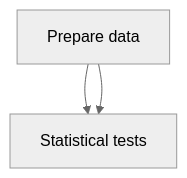
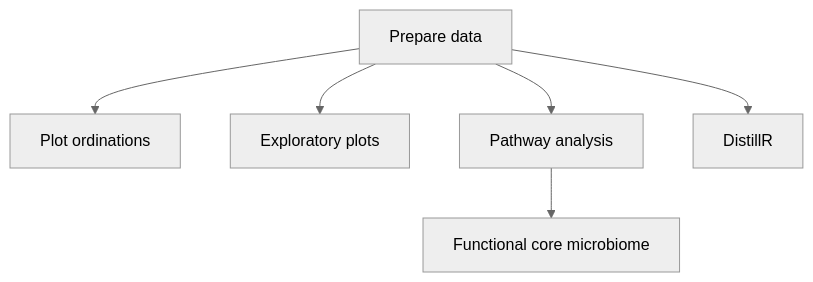
Before and after one commit to markella-moraitou/mammal_oral_microbiome_stats: the second of 3 diagrams in README.md, drawn with Mermaid (neutral theme). The commit also changed other lines of this file and 3 other files, not shown here.

````diff
--- a/README.md
+++ b/README.md
@@ -19,5 +20,8 @@
 ```mermaid
 flowchart TD;
-    A[Prepare data]-->B[Plot ordinations]
-    A[Prepare data]-->B[Statistical tests];
+    A[Prepare data]-->B[Plot ordinations];
+    A-->C[Exploratory plots];
+    A-->D[Pathway analysis];
+    A-->E[DistillR];
+    D-->F[Functional core microbiome];
 ```
````
